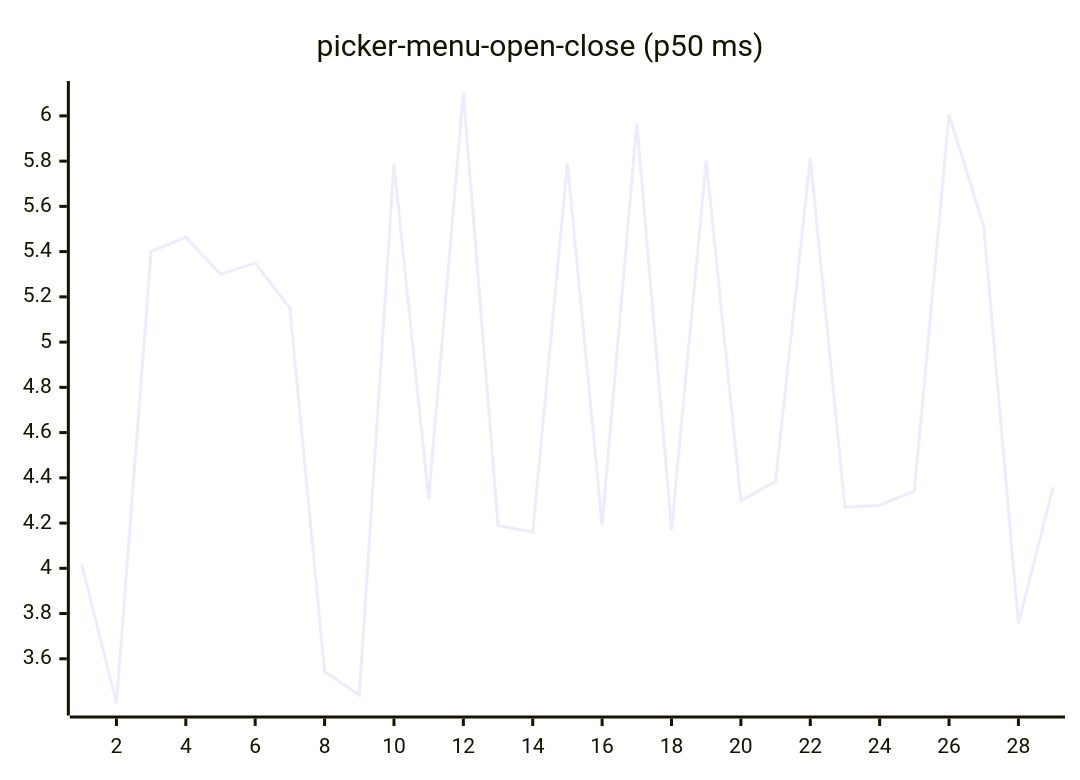
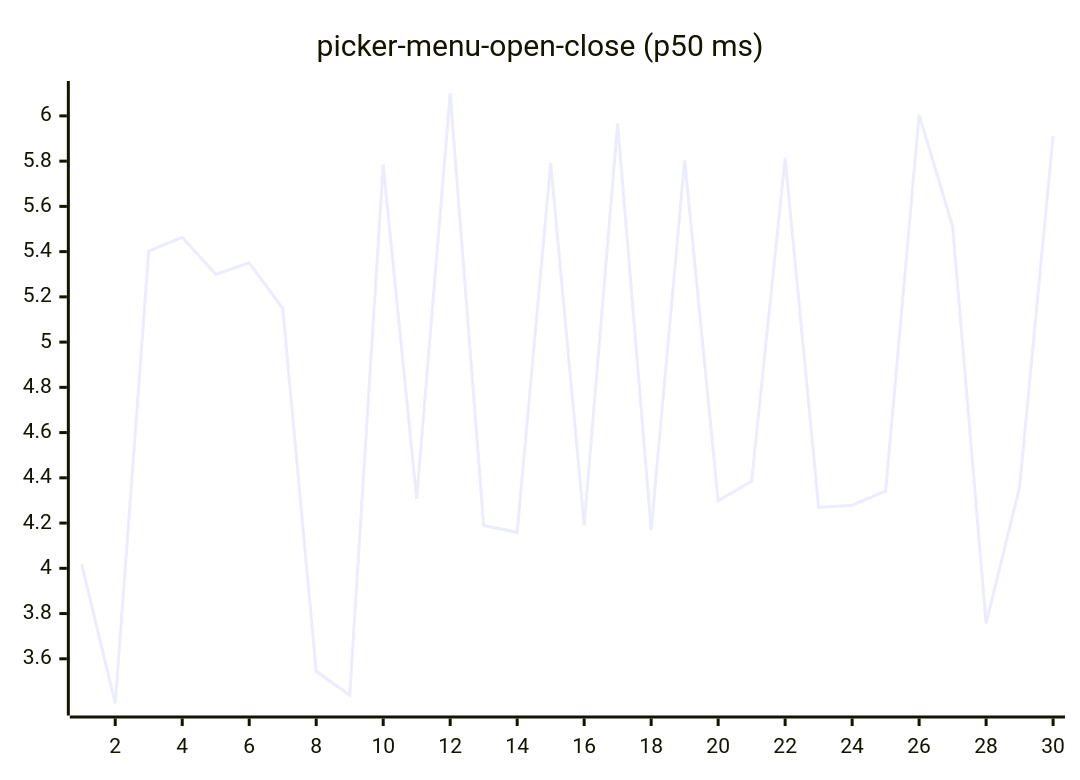
Before and after one commit to josha/Facet: diagram 16 of 27 in README.md, drawn with Mermaid. The commit also changed other lines of this file and 2 other files, not shown here.

````diff
--- a/README.md
+++ b/README.md
@@ -168,6 +168,6 @@
 ```mermaid
 xychart-beta
     title "picker-menu-open-close (p50 ms)"
-    x-axis 1 --> 29
-    line [4.0174, 3.4024, 5.4017, 5.4631, 5.2994, 5.3502, 5.1493, 3.5447, 3.4388, 5.7846, 4.3066, 6.1012, 4.1897, 4.1591, 5.7919, 4.1912, 5.9674, 4.1698, 5.8037, 4.2981, 4.3851, 5.8139, 4.2694, 4.2792, 4.3416, 6.0052, 5.5122, 3.7566, 4.3593]
+    x-axis 1 --> 30
+    line [4.0174, 3.4024, 5.4017, 5.4631, 5.2994, 5.3502, 5.1493, 3.5447, 3.4388, 5.7846, 4.3066, 6.1012, 4.1897, 4.1591, 5.7919, 4.1912, 5.9674, 4.1698, 5.8037, 4.2981, 4.3851, 5.8139, 4.2694, 4.2792, 4.3416, 6.0052, 5.5122, 3.7566, 4.3593, 5.9114]
 ```
````
